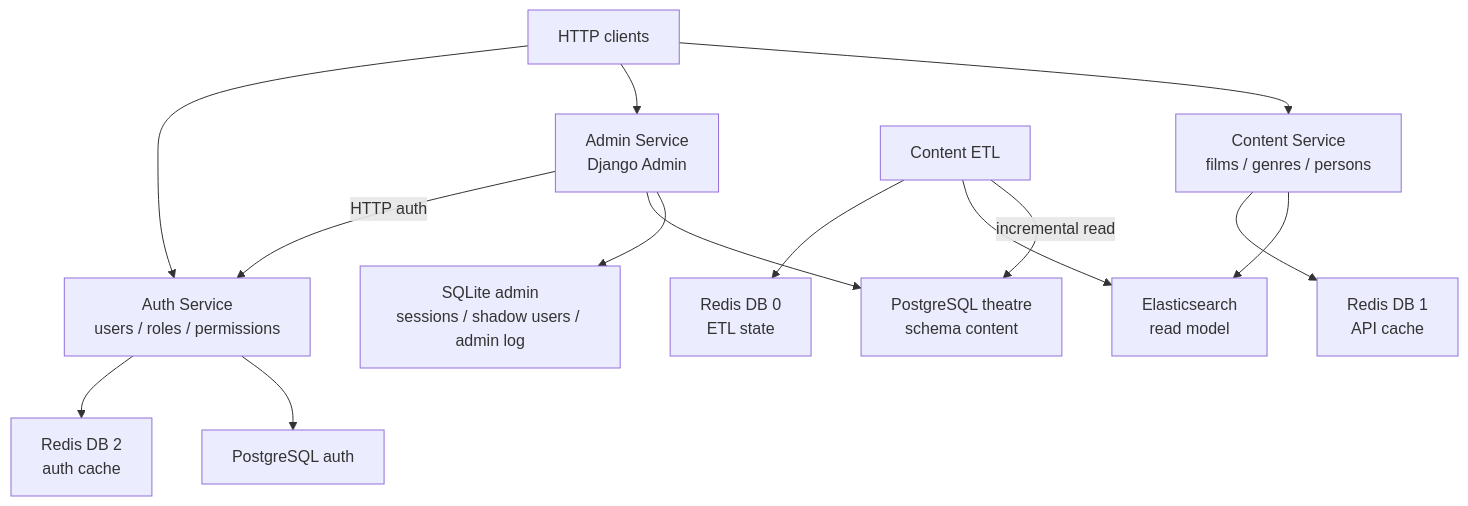
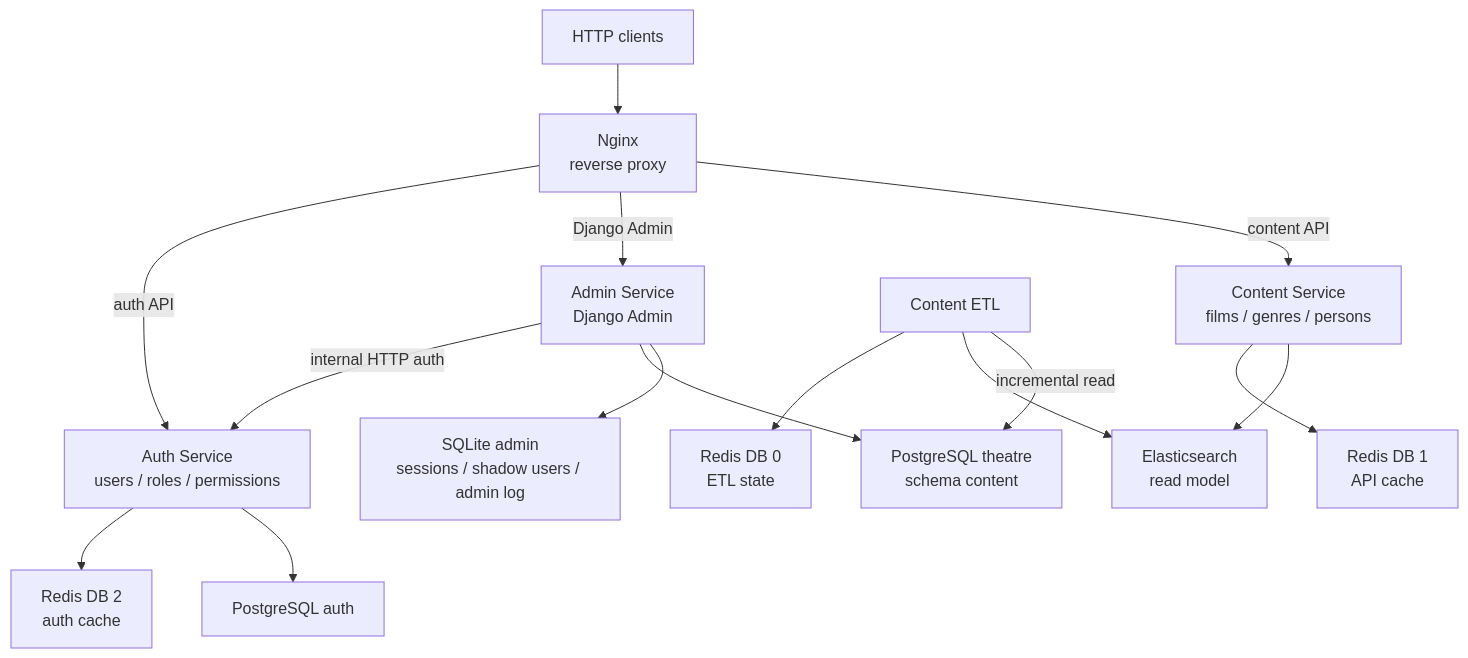
Before and after one commit to la3van/movies_async_api: the diagram in README.md, drawn with Mermaid. The commit also changed other lines of this file and 9 other files, not shown here.

Commit message:
Added nginx proxy for services

````diff
--- a/README.md
+++ b/README.md
@@ -16,38 +17,41 @@
 ```mermaid
 flowchart TB
     clients["HTTP clients"]
+    nginx["Nginx<br/>reverse proxy"]
 
     content["Content Service<br/>films / genres / persons"]
     admin["Admin Service<br/>Django Admin"]
     auth["Auth Service<br/>users / roles / permissions"]
 
     elasticsearch["Elasticsearch<br/>read model"]
     redis_content["Redis DB 1<br/>API cache"]
 
     sqlite["SQLite admin<br/>sessions / shadow users / admin log"]
     theatre["PostgreSQL theatre<br/>schema content"]
 
     auth_postgres["PostgreSQL auth"]
     redis_auth["Redis DB 2<br/>auth cache"]
 
     etl["Content ETL"]
     redis_etl["Redis DB 0<br/>ETL state"]
 
-    clients --> content
-    clients --> admin
-    clients --> auth
+    clients --> nginx
+
+    nginx -->|content API| content
+    nginx -->|Django Admin| admin
+    nginx -->|auth API| auth
 
     content --> elasticsearch
     content --> redis_content
 
     admin --> sqlite
     admin --> theatre
-    admin -->|HTTP auth| auth
+    admin -->|internal HTTP auth| auth
 
     auth --> auth_postgres
     auth --> redis_auth
 
     etl -->|incremental read| theatre
     etl --> elasticsearch
     etl --> redis_etl
 ```
````
